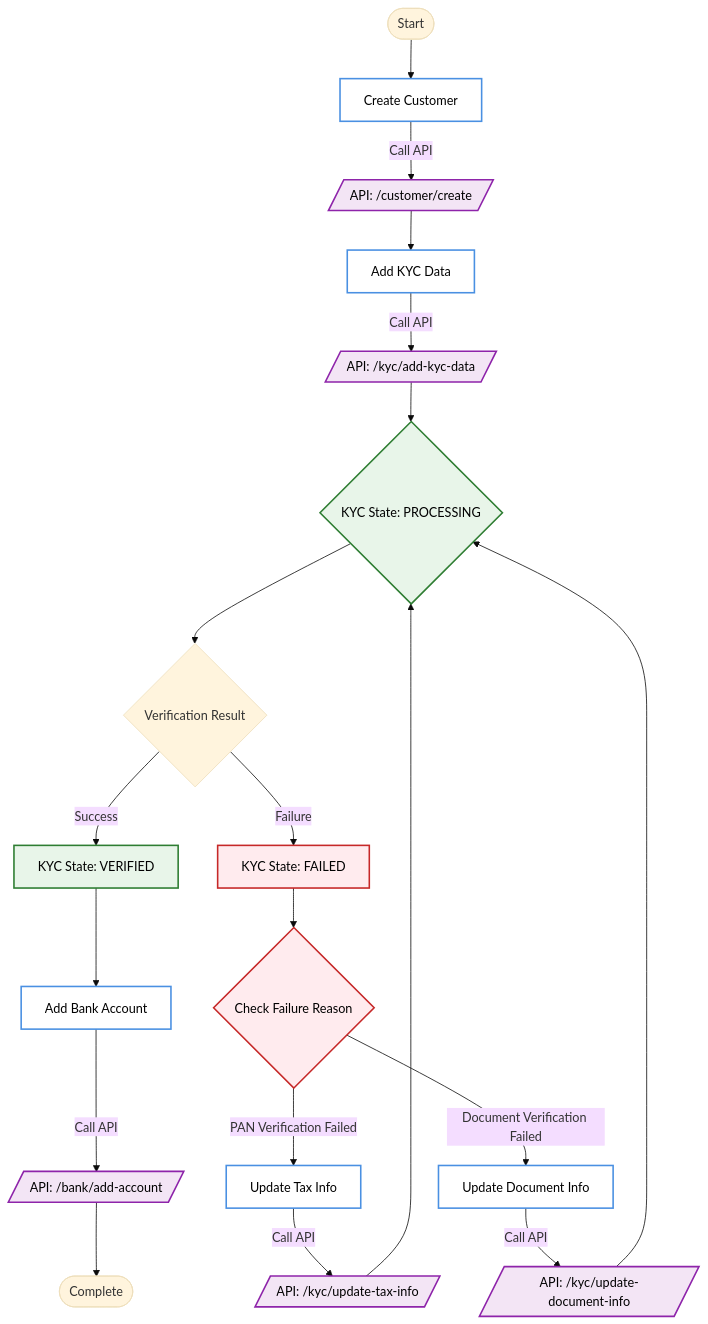
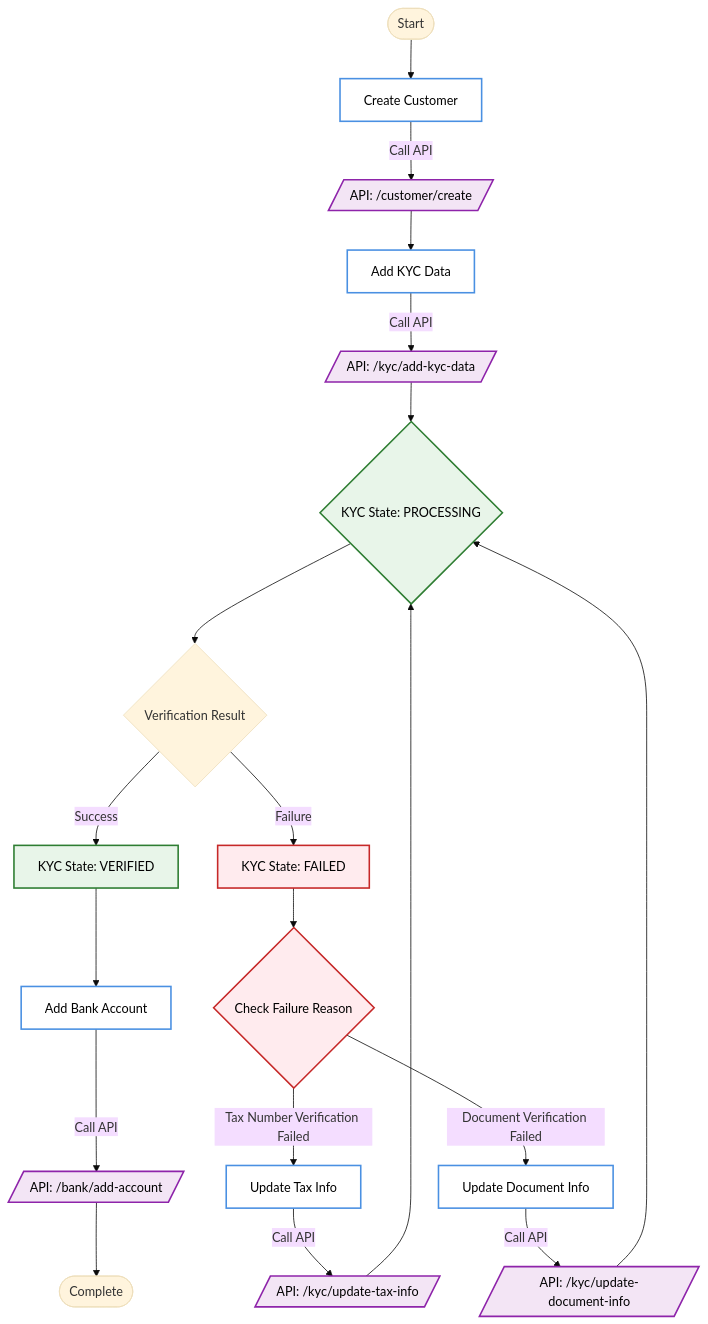
One commit to DollarPe-Infra/docs changed the first of 2 diagrams in guides/kyc.mdx. Above: the diagram before and after it, drawn with Mermaid (base theme). The commit also changed other lines of this file, not shown here.

Commit message:
fix: tax number instead of PAN

````diff
--- a/guides/kyc.mdx
+++ b/guides/kyc.mdx
@@ -23,45 +23,45 @@
 ```mermaid
 flowchart TD
     %% Main Flow
     Start([Start]) --> CreateCustomer[Create Customer]
     CreateCustomer -->|Call API| CustomerAPI[/API: /customer/create/]
     
     %% Add KYC Data
     CustomerAPI --> AddKYC[Add KYC Data]
     AddKYC -->|Call API| KycAPI[/API: /kyc/add-kyc-data/]
     KycAPI --> Processing{KYC State: PROCESSING}
     
     %% Verification Process
     Processing --> Verification{Verification Result}
     Verification -->|Success| Verified[KYC State: VERIFIED]
     Verification -->|Failure| Failed[KYC State: FAILED]
     
     %% Failure Handling
     Failed --> CheckReason{Check Failure Reason}
     
-    %% PAN Verification Path
-    CheckReason -->|PAN Verification Failed| UpdateTax[Update Tax Info]
+    %% Tax Number Verification Path
+    CheckReason -->|Tax Number Verification Failed| UpdateTax[Update Tax Info]
     UpdateTax -->|Call API| TaxAPI[/API: /kyc/update-tax-info/]
     TaxAPI --> Processing
     
     %% Document Verification Path
     CheckReason -->|Document Verification Failed| UpdateDoc[Update Document Info]
     UpdateDoc -->|Call API| DocAPI[/API: /kyc/update-document-info/]
     DocAPI --> Processing
     
     %% Success Path
     Verified --> AddBank[Add Bank Account]
     AddBank -->|Call API| BankAPI[/API: /bank/add-account/]
     BankAPI --> Complete([Complete])
 
     %% Styling
     classDef mainNode fill:#ffffff,stroke:#4a90e2,stroke-width:2px,color:#000
     classDef apiNode fill:#f3e5f5,stroke:#8e24aa,stroke-width:2px,color:#000
     classDef stateNode fill:#e8f5e9,stroke:#2e7d32,stroke-width:2px,color:#000
     classDef failureNode fill:#ffebee,stroke:#c62828,stroke-width:2px,color:#000
 
     class CreateCustomer,AddKYC,UpdateTax,UpdateDoc,AddBank mainNode
     class CustomerAPI,KycAPI,TaxAPI,DocAPI,BankAPI apiNode
     class Processing,Verified stateNode
     class Failed,CheckReason failureNode
 ```
````
